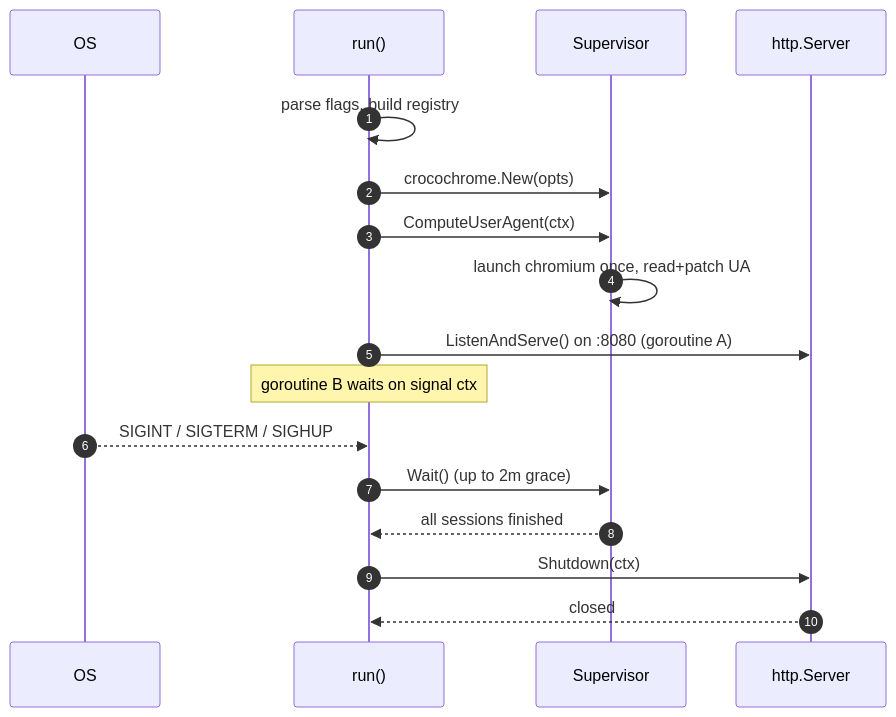
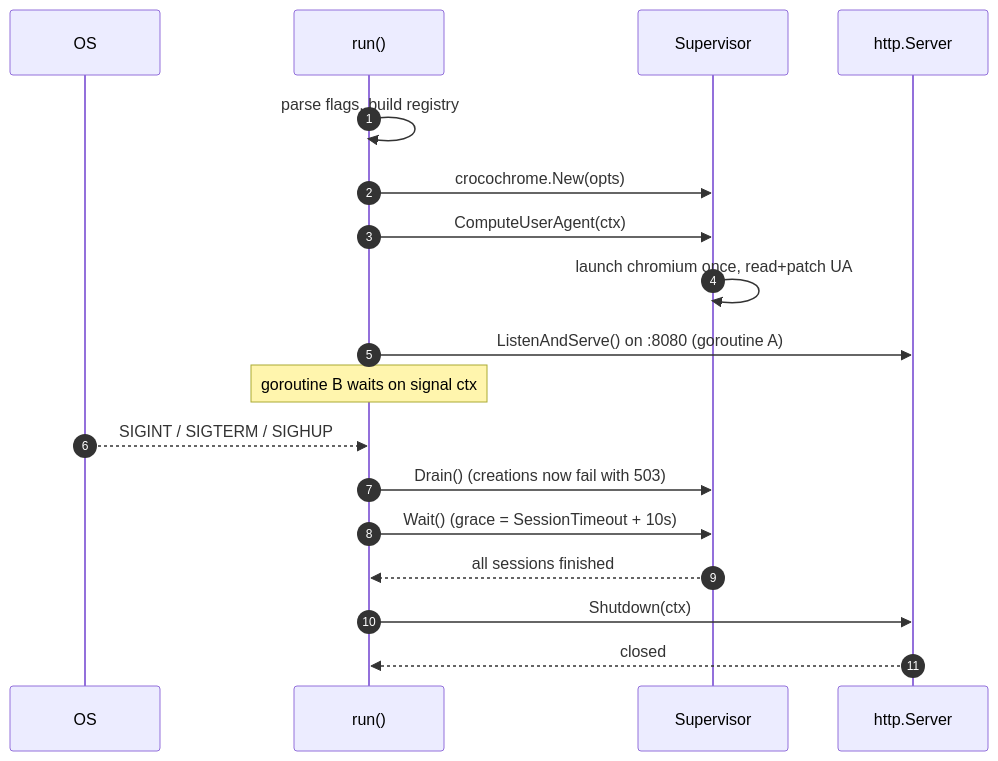
One commit to grafana/crocochrome changed the diagram in doc/architecture/entrypoint-and-lifecycle.md. Above: the diagram before and after it, drawn with Mermaid. The commit also changed other lines of this file and 11 other files, not shown here.

````diff
--- a/doc/architecture/entrypoint-and-lifecycle.md
+++ b/doc/architecture/entrypoint-and-lifecycle.md
@@ -66,20 +66,21 @@
 ```mermaid
 sequenceDiagram
     autonumber
     participant OS
     participant main as run()
     participant sup as Supervisor
     participant srv as http.Server
 
     main->>main: parse flags, build registry
     main->>sup: crocochrome.New(opts)
     main->>sup: ComputeUserAgent(ctx)
     sup->>sup: launch chromium once, read+patch UA
     main->>srv: ListenAndServe() on :8080 (goroutine A)
     Note over main: goroutine B waits on signal ctx
     OS-->>main: SIGINT / SIGTERM / SIGHUP
-    main->>sup: Wait() (up to 2m grace)
+    main->>sup: Drain() (creations now fail with 503)
+    main->>sup: Wait() (grace = SessionTimeout + 10s)
     sup-->>main: all sessions finished
     main->>srv: Shutdown(ctx)
     srv-->>main: closed
 ```
````
